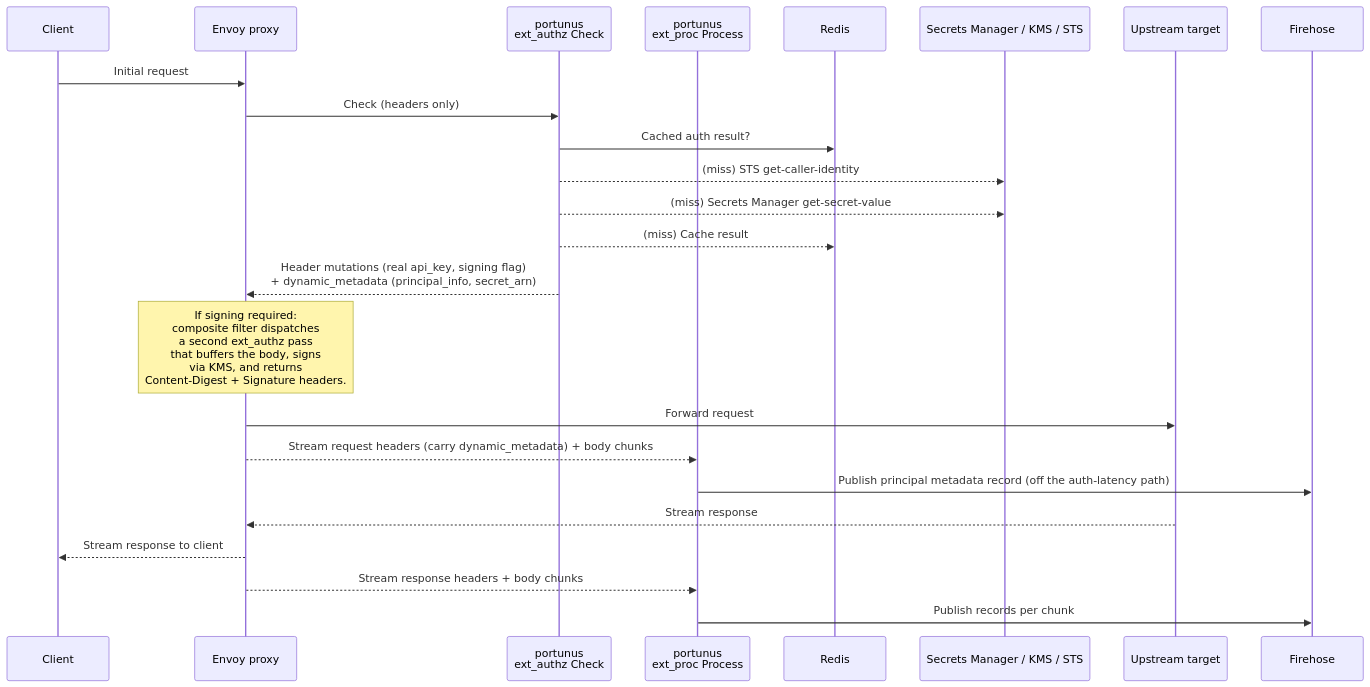
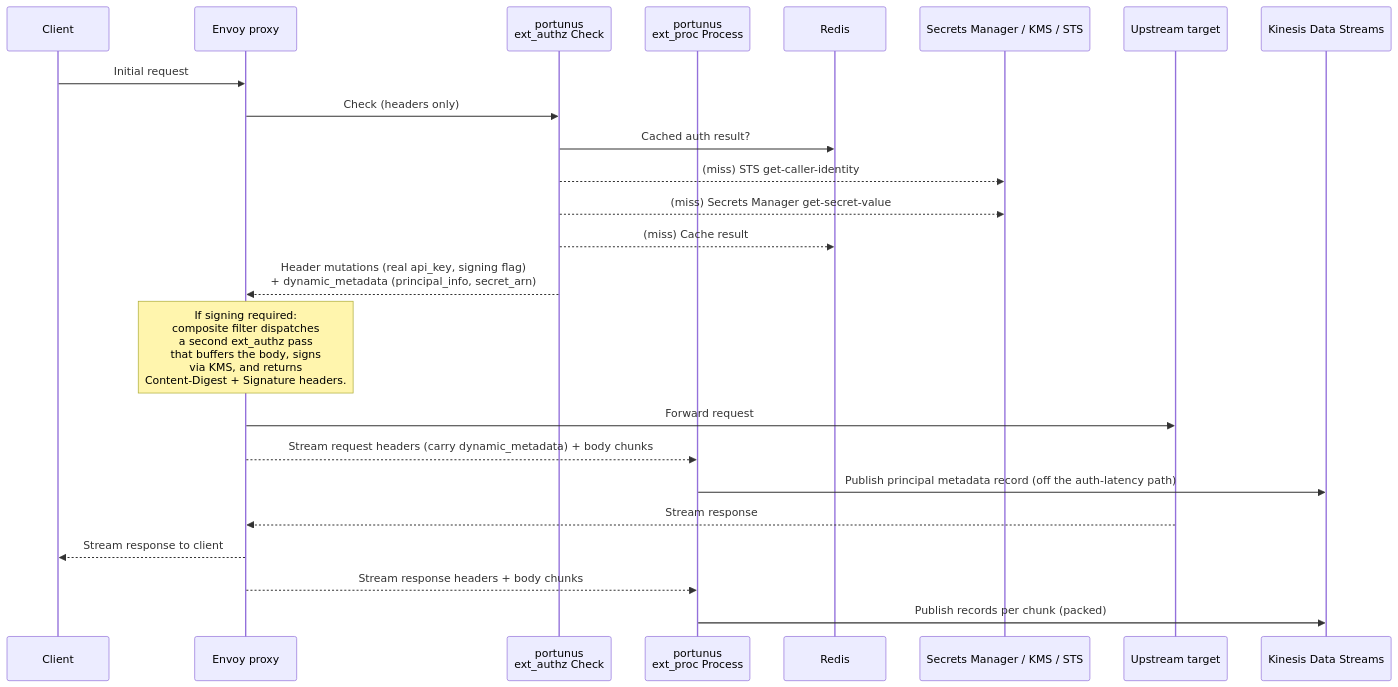
The diagram in README.md (AI-Safety-Institute/portunus), drawn with Mermaid before and after one commit. The commit also changed other lines of this file and 13 other files, not shown here.

First line of the commit message:
Publish audit records to Kinesis Data Streams instead of Firehose direct-PUT

````diff
--- a/README.md
+++ b/README.md
@@ -28,29 +28,29 @@
 ```mermaid
 sequenceDiagram
     participant Client
     participant Envoy as Envoy proxy
     participant Auth as portunus<br/>ext_authz Check
     participant Proc as portunus<br/>ext_proc Process
     participant Redis
     participant AWS as Secrets Manager / KMS / STS
     participant Target as Upstream target
-    participant Firehose
+    participant KDS as Kinesis Data Streams
 
     Client->>Envoy: Initial request
     Envoy->>Auth: Check (headers only)
     Auth->>Redis: Cached auth result?
     Auth-->>AWS: (miss) STS get-caller-identity
     Auth-->>AWS: (miss) Secrets Manager get-secret-value
     Auth-->>Redis: (miss) Cache result
     Auth-->>Envoy: Header mutations (real api_key, signing flag)<br/>+ dynamic_metadata (principal_info, secret_arn)
 
     Note over Envoy: If signing required:<br/>composite filter dispatches<br/>a second ext_authz pass<br/>that buffers the body, signs<br/>via KMS, and returns<br/>Content-Digest + Signature headers.
 
     Envoy->>Target: Forward request
     Envoy-->>Proc: Stream request headers (carry dynamic_metadata) + body chunks
-    Proc->>Firehose: Publish principal metadata record (off the auth-latency path)
+    Proc->>KDS: Publish principal metadata record (off the auth-latency path)
     Target-->>Envoy: Stream response
     Envoy-->>Client: Stream response to client
     Envoy-->>Proc: Stream response headers + body chunks
-    Proc->>Firehose: Publish records per chunk
+    Proc->>KDS: Publish records per chunk (packed)
 ```
````
